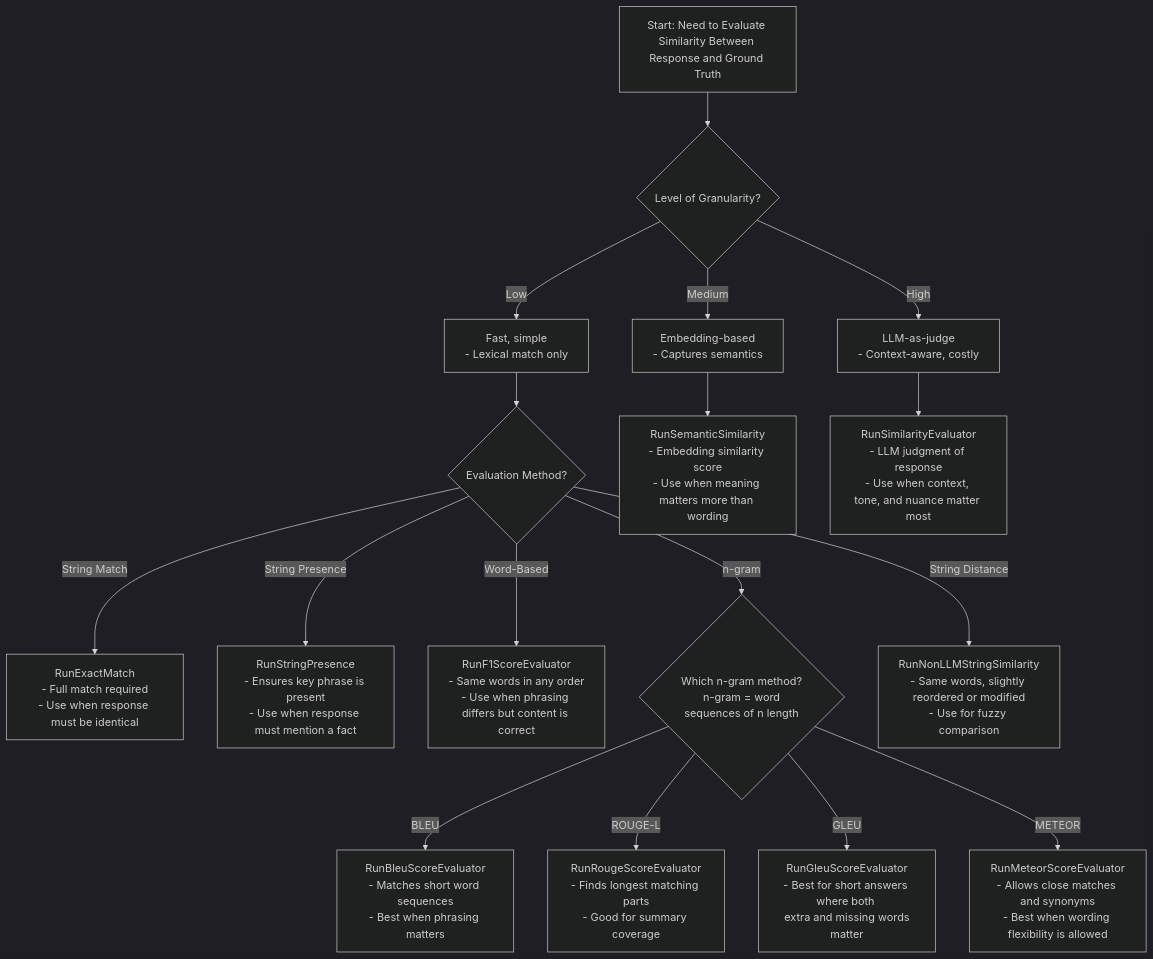
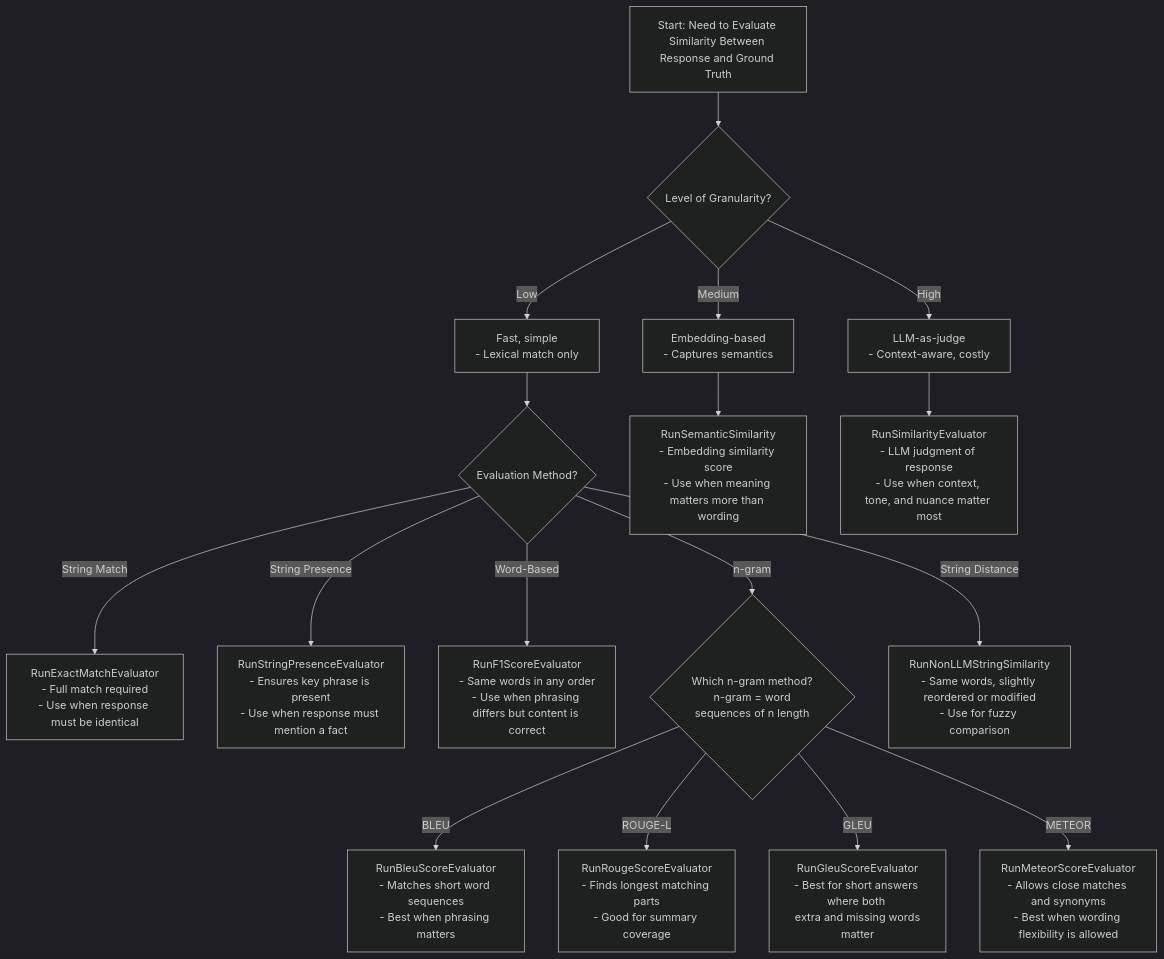
Before and after one commit to audaciaconsulting/audacia-llm-evaluation: the first of 6 diagrams in README.md, drawn with Mermaid (dark theme). The commit also changed other lines of this file and 6 other files, not shown here.

````diff
--- a/README.md
+++ b/README.md
@@ -194,25 +194,25 @@
 ```mermaid
 flowchart TD
     A[Start: Need to Evaluate Similarity Between Response and Ground Truth] --> B{Level of Granularity?}
 
     B -->|Low| B1[Fast, simple\n- Lexical match only]
     B -->|Medium| B2[Embedding-based\n- Captures semantics]
     B -->|High| B3[LLM-as-judge\n- Context-aware, costly]
 
     B1 --> C{Evaluation Method?}
     
-    C -->|String Match| C1[RunExactMatch\n- Full match required\n- Use when response must be identical]
-    C -->|String Presence| C2[RunStringPresence\n- Ensures key phrase is present\n- Use when response must mention a fact]
+    C -->|String Match| C1[RunExactMatchEvaluator\n- Full match required\n- Use when response must be identical]
+    C -->|String Presence| C2[RunStringPresenceEvaluator\n- Ensures key phrase is present\n- Use when response must mention a fact]
     C -->|Word-Based| C3[RunF1ScoreEvaluator\n- Same words in any order\n- Use when phrasing differs but content is correct]
     C -->|n-gram| C4{Which n-gram method?\n n-gram = word sequences of n length}
     C -->|String Distance| C5[RunNonLLMStringSimilarity\n- Same words, slightly reordered or modified\n- Use for fuzzy comparison]
 
     C4 -->|BLEU| C4a[RunBleuScoreEvaluator\n- Matches short word sequences\n- Best when phrasing matters]
     C4 -->|ROUGE-L| C4b[RunRougeScoreEvaluator\n- Finds longest matching parts\n- Good for summary coverage]
     C4 -->|GLEU| C4c[RunGleuScoreEvaluator\n- Best for short answers where both \n extra and missing words matter]
     C4 -->|METEOR| C4d[RunMeteorScoreEvaluator\n- Allows close matches and synonyms\n- Best when wording flexibility is allowed]
 
     B2 --> D[RunSemanticSimilarity\n- Embedding similarity score\n- Use when meaning matters more than wording]
 
     B3 --> H[RunSimilarityEvaluator\n- LLM judgment of response\n- Use when context, tone, and nuance matter most]
 ```
````
